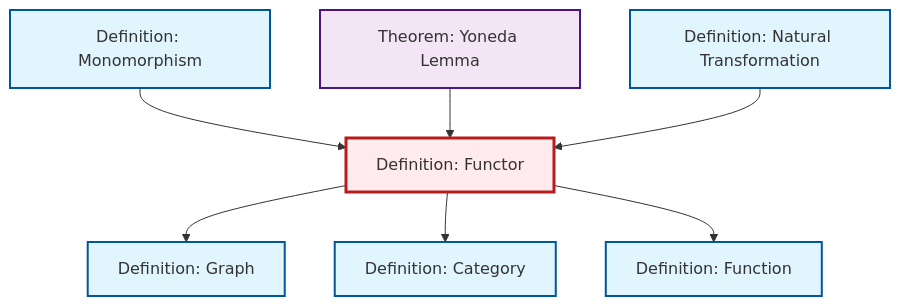
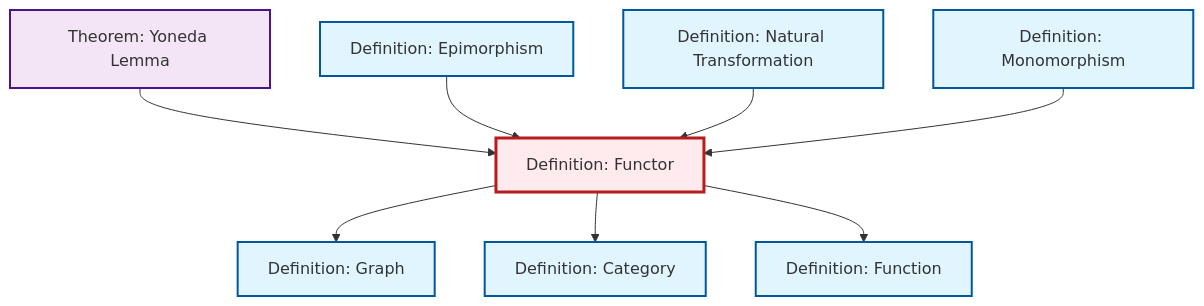
The diagram in content/ja/category-theory/def-functor.qmd (RK0429/ModernMath), drawn with Mermaid before and after one commit. The commit also changed 597 other files, not shown here.

````diff
--- a/content/ja/category-theory/def-functor.qmd
+++ b/content/ja/category-theory/def-functor.qmd
@@ -51,29 +51,32 @@
 ```{mermaid}
 %%| fig-cap: "Local dependency graph"
 graph TD
     classDef definition fill:#e1f5fe,stroke:#01579b,stroke-width:2px
     classDef theorem fill:#f3e5f5,stroke:#4a148c,stroke-width:2px
     classDef axiom fill:#fff3e0,stroke:#e65100,stroke-width:2px
     classDef example fill:#e8f5e9,stroke:#1b5e20,stroke-width:2px
     classDef current fill:#ffebee,stroke:#b71c1c,stroke-width:3px
+    def-natural-transformation["Definition: Natural Transformation"]:::definition
+    def-epimorphism["Definition: Epimorphism"]:::definition
+    def-category["Definition: Category"]:::definition
+    thm-yoneda["Theorem: Yoneda Lemma"]:::theorem
     def-function["Definition: Function"]:::definition
+    def-monomorphism["Definition: Monomorphism"]:::definition
     def-graph["Definition: Graph"]:::definition
-    thm-yoneda["Theorem: Yoneda Lemma"]:::theorem
-    def-category["Definition: Category"]:::definition
-    def-monomorphism["Definition: Monomorphism"]:::definition
-    def-natural-transformation["Definition: Natural Transformation"]:::definition
     def-functor["Definition: Functor"]:::definition
+    thm-yoneda --> def-functor
     def-functor --> def-graph
+    def-epimorphism --> def-functor
+    def-natural-transformation --> def-functor
+    def-functor --> def-category
     def-monomorphism --> def-functor
-    def-functor --> def-category
-    thm-yoneda --> def-functor
-    def-natural-transformation --> def-functor
     def-functor --> def-function
     class def-functor current
+    click def-natural-transformation "def-natural-transformation.html" "Definition: Natural Transformationへ"
+    click def-epimorphism "def-epimorphism.html" "Definition: Epimorphismへ"
+    click def-category "def-category.html" "Definition: Categoryへ"
+    click thm-yoneda "thm-yoneda.html" "Theorem: Yoneda Lemmaへ"
     click def-function "def-function.html" "Definition: Functionへ"
+    click def-monomorphism "def-monomorphism.html" "Definition: Monomorphismへ"
     click def-graph "def-graph.html" "Definition: Graphへ"
-    click thm-yoneda "thm-yoneda.html" "Theorem: Yoneda Lemmaへ"
-    click def-category "def-category.html" "Definition: Categoryへ"
-    click def-monomorphism "def-monomorphism.html" "Definition: Monomorphismへ"
-    click def-natural-transformation "def-natural-transformation.html" "Definition: Natural Transformationへ"
 ```
````
